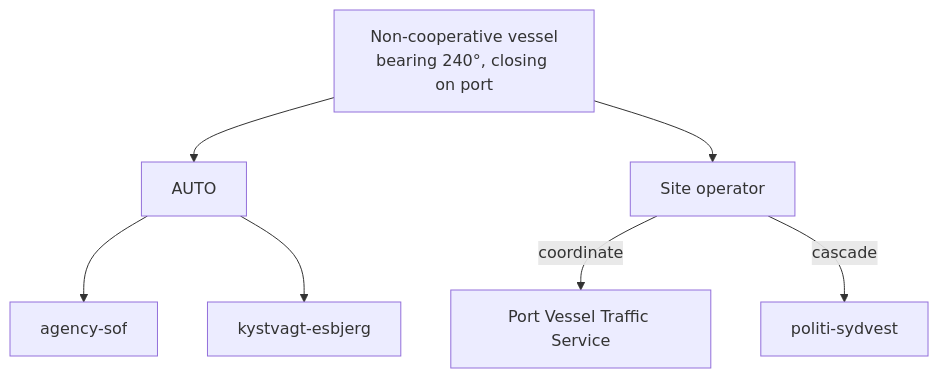
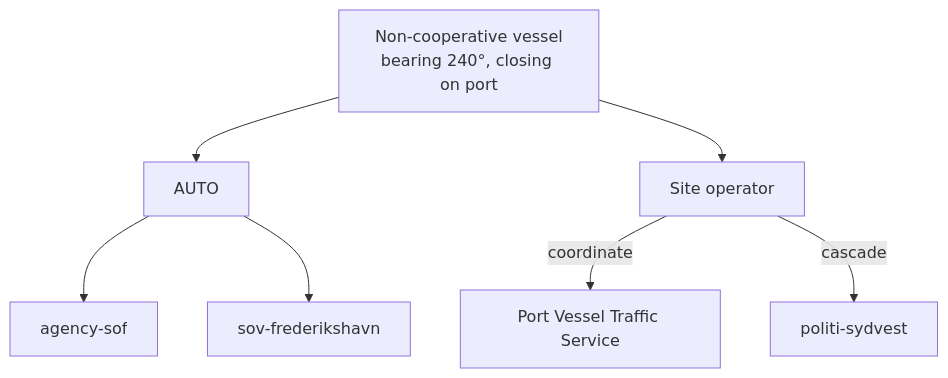
The third of 4 diagrams in docs/sites/esbjerg-port.md (Luckyluc321/ISR-Systems-c2-platform), drawn with Mermaid before and after one commit. The commit also changed other lines of this file and 4 other files, not shown here.

````diff
--- a/docs/sites/esbjerg-port.md
+++ b/docs/sites/esbjerg-port.md
@@ -85,10 +87,10 @@
 ```mermaid
 flowchart TD
   E["Non-cooperative vessel<br/>bearing 240°, closing on port"]
   E --> AUTO
   AUTO --> SOF[agency-sof]
-  AUTO --> KYSTVAKT[kystvagt-esbjerg]
+  AUTO --> SOV[sov-frederikshavn]
   E --> OPS[Site operator]
   OPS -->|coordinate| VTS[Port Vessel Traffic Service]
   OPS -->|cascade| POLSV[politi-sydvest]
 ```
````
